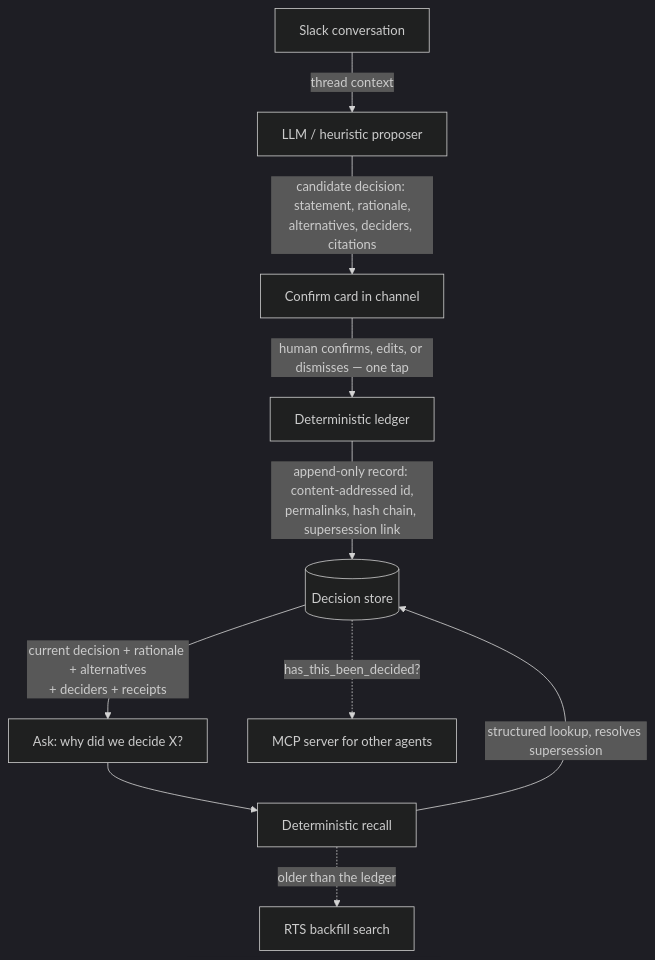
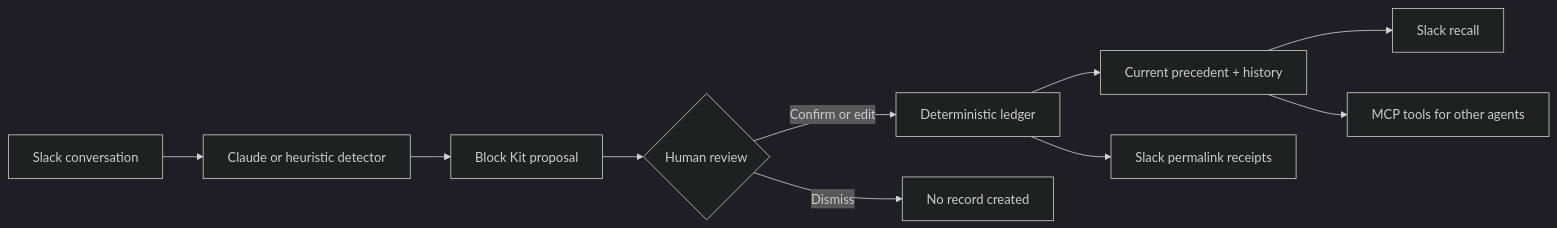
Before and after one commit to ankitlade12/precedent: the first of 4 diagrams in README.md, drawn with Mermaid (dark theme). The commit also changed other lines of this file, not shown here.

````diff
--- a/README.md
+++ b/README.md
@@ -56,12 +42,12 @@
 ```mermaid
-flowchart TD
-    A[Slack conversation] -->|thread context| B[LLM / heuristic proposer]
-    B -->|candidate decision: statement, rationale,<br/>alternatives, deciders, citations| C[Confirm card in channel]
-    C -->|human confirms, edits, or dismisses — one tap| D[Deterministic ledger]
-    D -->|append-only record: content-addressed id,<br/>permalinks, hash chain, supersession link| E[(Decision store)]
-    F[Ask: why did we decide X?] --> G[Deterministic recall]
-    G -->|structured lookup, resolves supersession| E
-    G -.->|older than the ledger| H[RTS backfill search]
-    E -->|current decision + rationale + alternatives<br/>+ deciders + receipts| F
-    E -.->|has_this_been_decided?| I[MCP server for other agents]
+flowchart LR
+    M[Slack conversation] --> D[Claude or heuristic detector]
+    D --> P[Block Kit proposal]
+    P --> H{Human review}
+    H -->|Confirm or edit| L[Deterministic ledger]
+    H -->|Dismiss| X[No record created]
+    L --> R[Current precedent + history]
+    R --> S[Slack recall]
+    R --> A[MCP tools for other agents]
+    L --> C[Slack permalink receipts]
 ```
````
